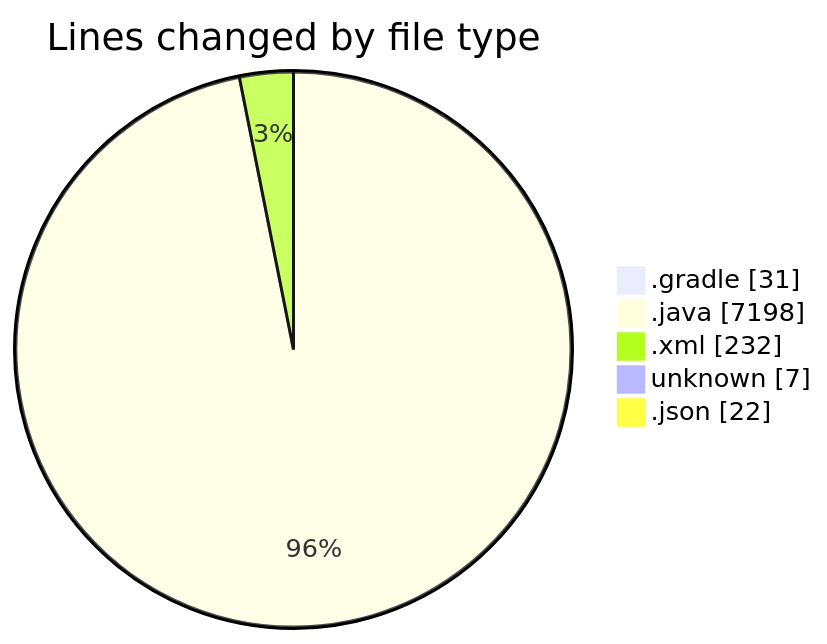
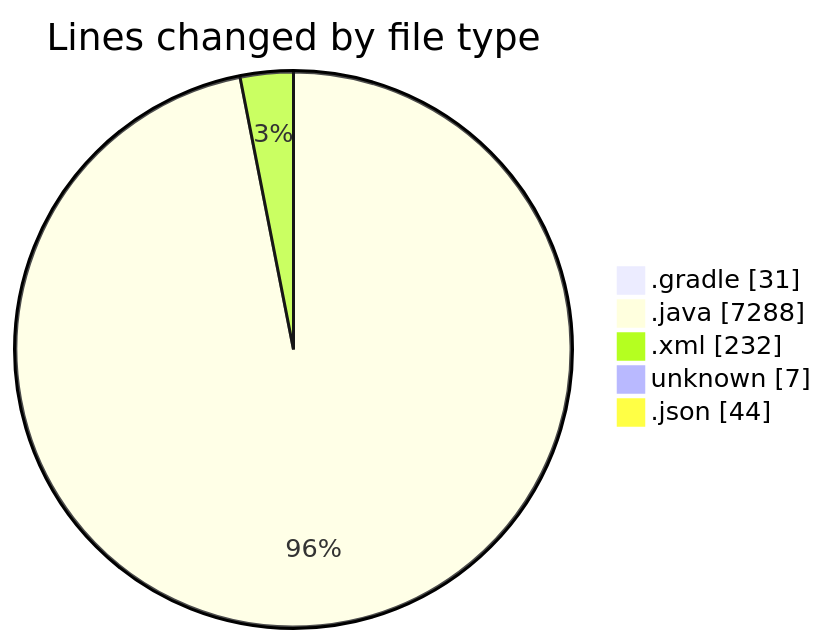
Before and after one commit to charlie-sans/code-tracking: the first of 2 diagrams in 2025-02-21/micros/README.md, drawn with Mermaid. The commit also changed other lines of this file and 1 other file, not shown here.

````diff
--- a/2025-02-21/micros/README.md
+++ b/2025-02-21/micros/README.md
@@ -52,9 +55,9 @@
 ```mermaid
 pie showData
 title Lines changed by file type
 ".gradle" : 31
-".java" : 7198
+".java" : 7288
 ".xml" : 232
 "unknown" : 7
-".json" : 22
+".json" : 44
 ```
````
